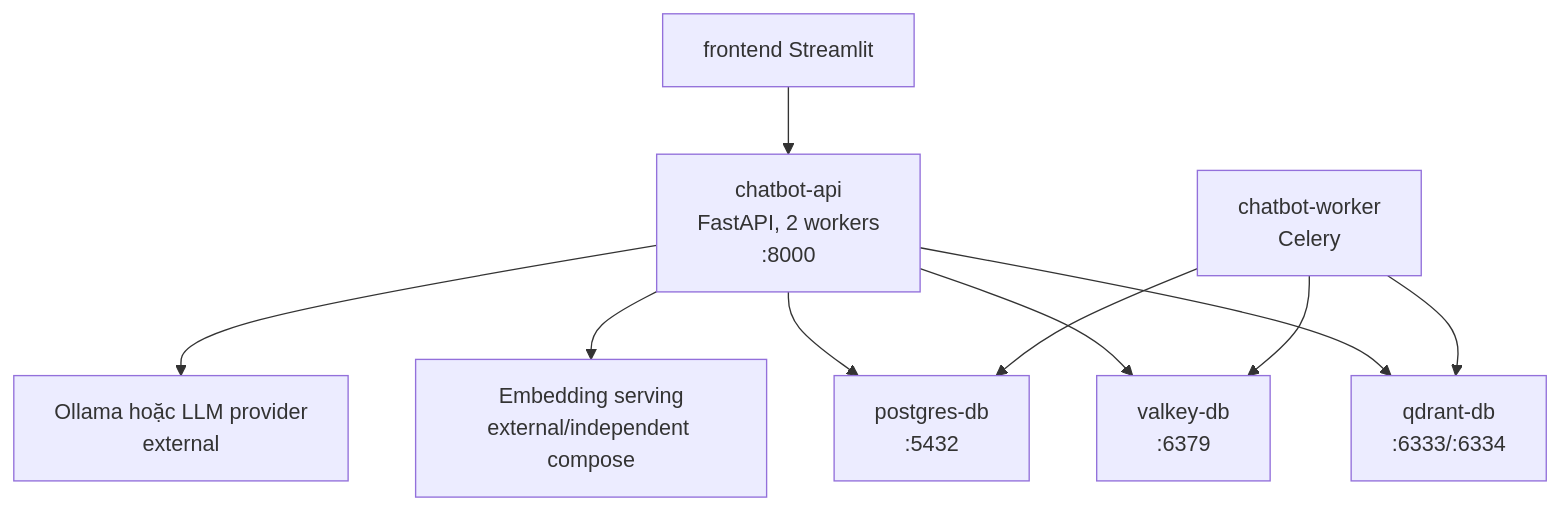
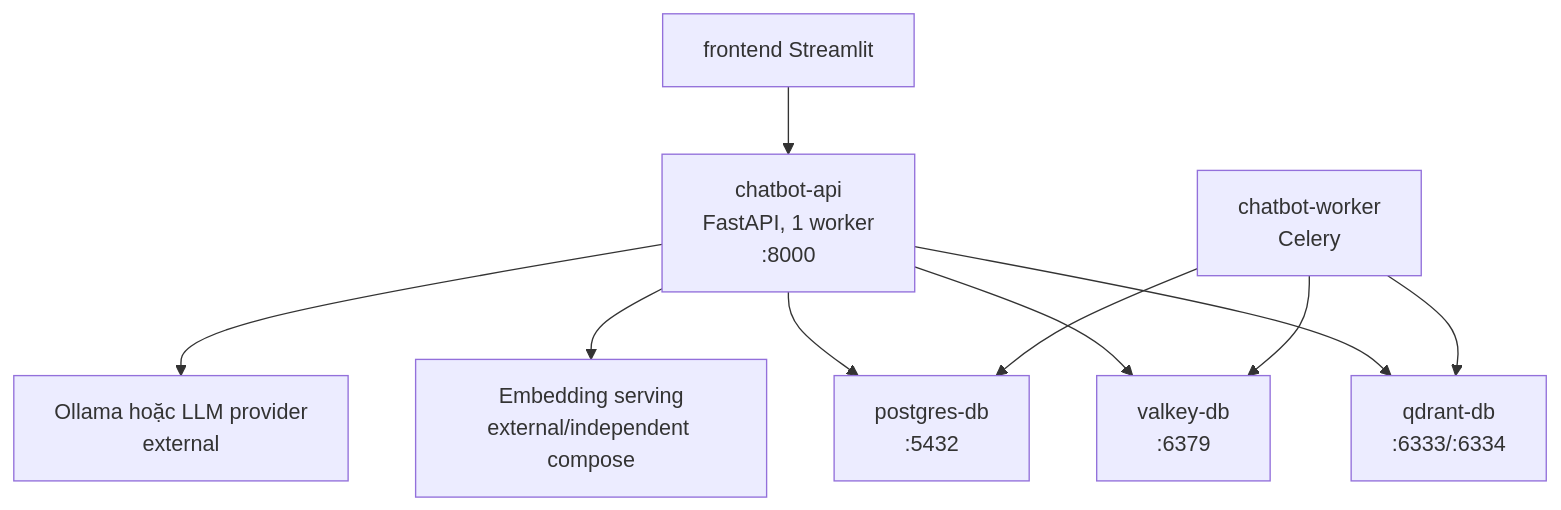
The fifth of 5 diagrams in ARCH.MD (duonyyy/Health-InBody-Agent-RAG), drawn with Mermaid before and after one commit. The commit also changed other lines of this file and 27 other files, not shown here.

Commit message:
docs: update system architecture, setup instructions, and roadmap documentation

````diff
--- a/ARCH.MD
+++ b/ARCH.MD
@@ -248,12 +251,12 @@
 ```mermaid
 flowchart TB
-    API["chatbot-api\nFastAPI, 2 workers\n:8000"] --> QD["qdrant-db\n:6333/:6334"]
+    API["chatbot-api\nFastAPI, 1 worker\n:8000"] --> QD["qdrant-db\n:6333/:6334"]
     API --> PG["postgres-db\n:5432"]
     API --> VK["valkey-db\n:6379"]
     API --> ES["Embedding serving\nexternal/independent compose"]
     API --> OL["Ollama hoặc LLM provider\nexternal"]
     WK["chatbot-worker\nCelery"] --> VK
     WK --> QD
     WK --> PG
     FE["frontend Streamlit"] --> API
 ```
````
